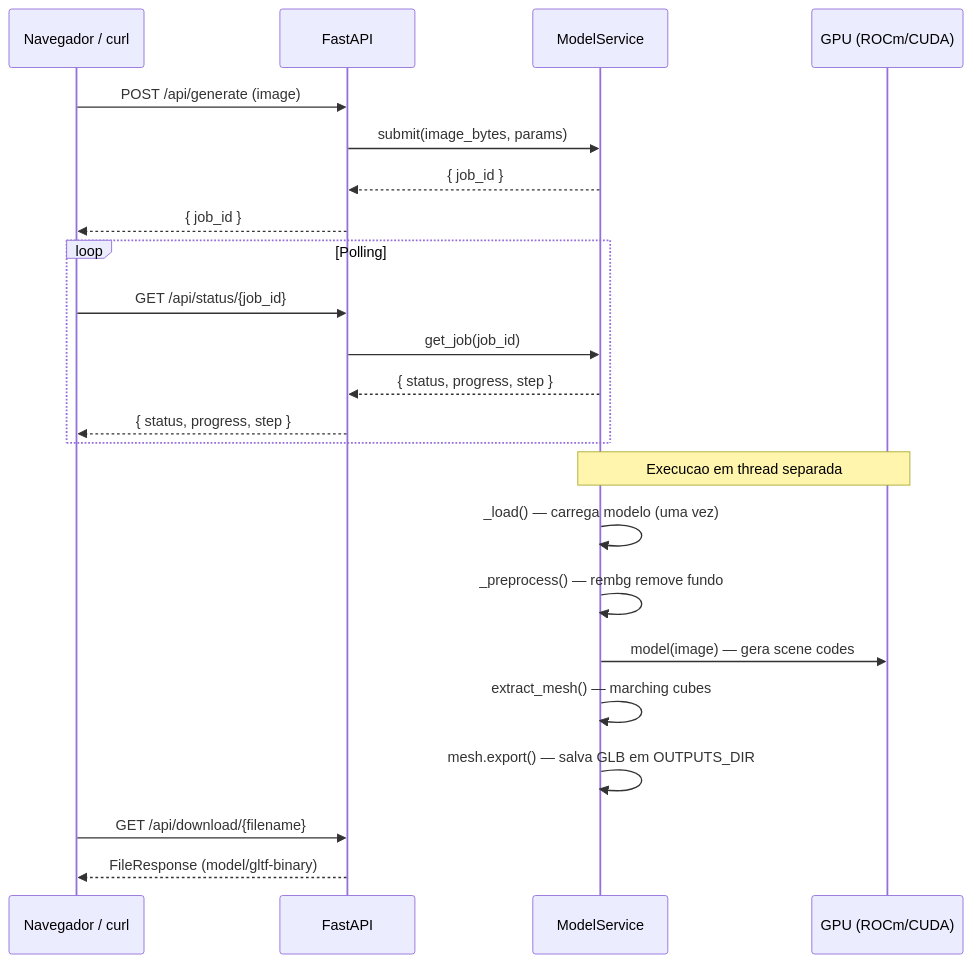
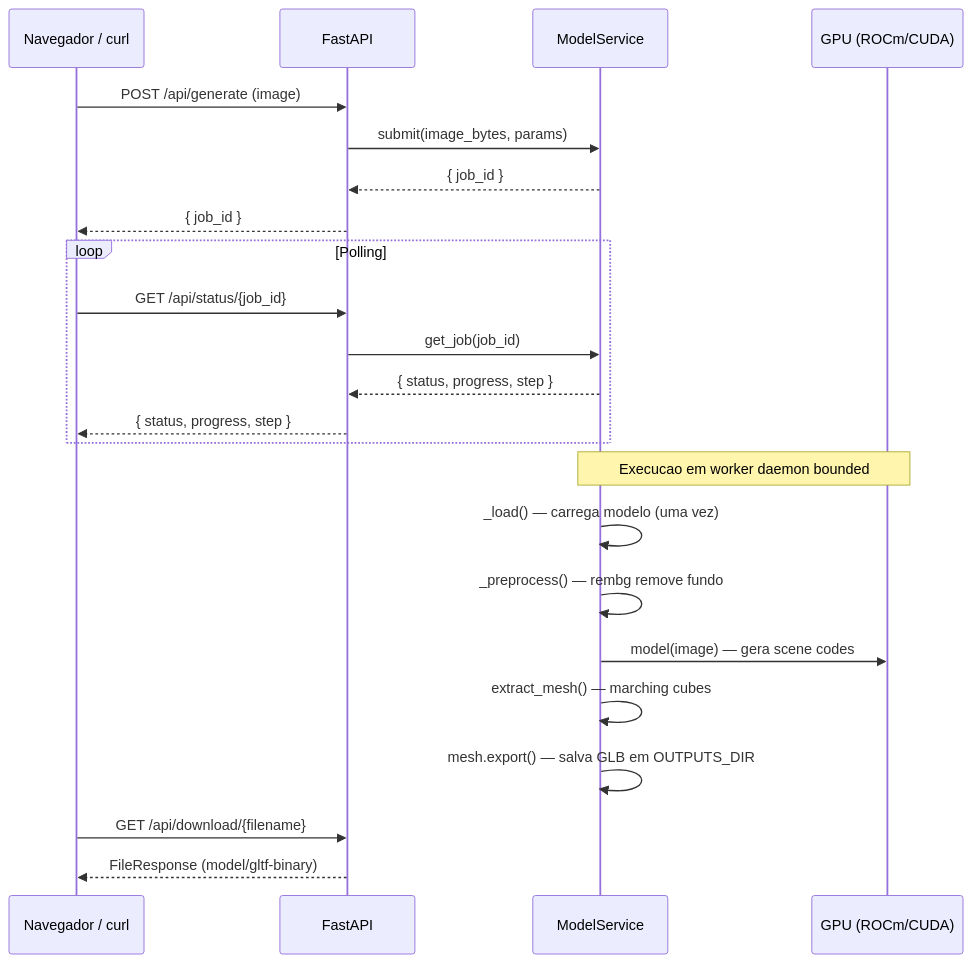
Before and after one commit to odevpedro/picture-to-3d: the first of 4 diagrams in docs/system-feature-flows.md, drawn with Mermaid. The commit also changed other lines of this file and 15 other files, not shown here.

````diff
--- a/docs/system-feature-flows.md
+++ b/docs/system-feature-flows.md
@@ -30,30 +30,30 @@
 ```mermaid
 sequenceDiagram
     participant Client as Navegador / curl
     participant API as FastAPI
     participant ModelSvc as ModelService
     participant GPU as GPU (ROCm/CUDA)
 
     Client->>API: POST /api/generate (image)
     API->>ModelSvc: submit(image_bytes, params)
     ModelSvc-->>API: { job_id }
     API-->>Client: { job_id }
 
     loop Polling
         Client->>API: GET /api/status/{job_id}
         API->>ModelSvc: get_job(job_id)
         ModelSvc-->>API: { status, progress, step }
         API-->>Client: { status, progress, step }
     end
 
-    Note over ModelSvc,GPU: Execucao em thread separada
+    Note over ModelSvc,GPU: Execucao em worker daemon bounded
 
     ModelSvc->>ModelSvc: _load() — carrega modelo (uma vez)
     ModelSvc->>ModelSvc: _preprocess() — rembg remove fundo
     ModelSvc->>GPU: model(image) — gera scene codes
     ModelSvc->>ModelSvc: extract_mesh() — marching cubes
     ModelSvc->>ModelSvc: mesh.export() — salva GLB em OUTPUTS_DIR
 
     Client->>API: GET /api/download/{filename}
     API-->>Client: FileResponse (model/gltf-binary)
 ```
````
